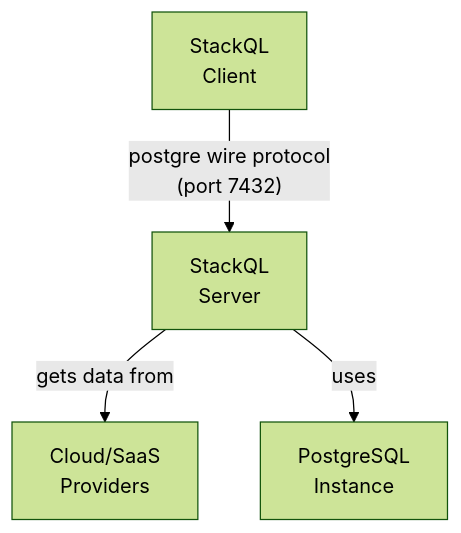
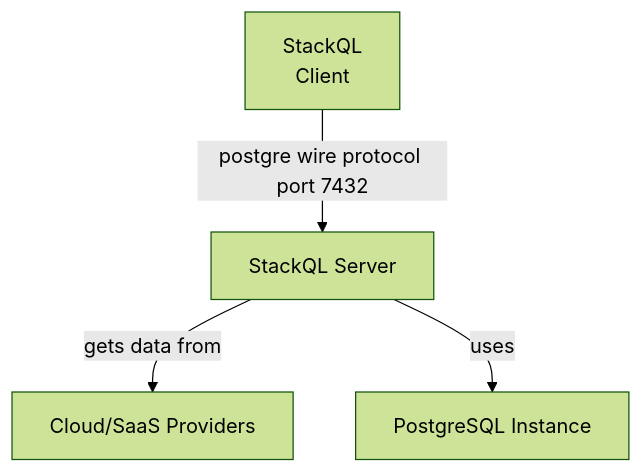
The diagram in README.md (stackql/stackql-server), drawn with Mermaid (forest theme) before and after one commit.

````diff
--- a/README.md
+++ b/README.md
@@ -10,8 +10,8 @@
 ```mermaid
 graph TD;
-    B[StackQL\nServer];
-    C[PostgreSQL\nInstance];
-    A[StackQL\nClient] -- postgre wire protocol\n(port 7432) --> B;
-    B -- gets data from --> E[Cloud/SaaS\nProviders];
+    B[StackQL Server];
+    C[PostgreSQL Instance];
+    A[StackQL\nClient] -- postgre wire protocol port 7432 --> B;
+    B -- gets data from --> E[Cloud/SaaS Providers];
     B -- uses --> C;
 ```
````
